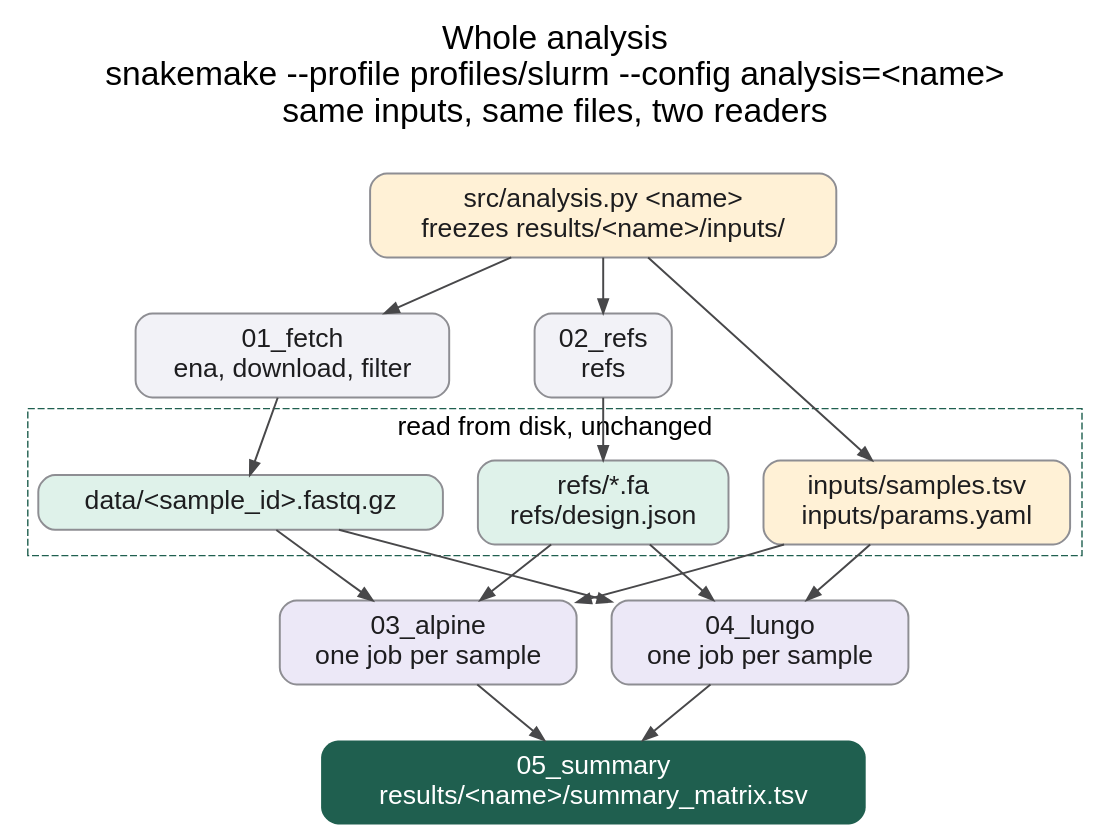
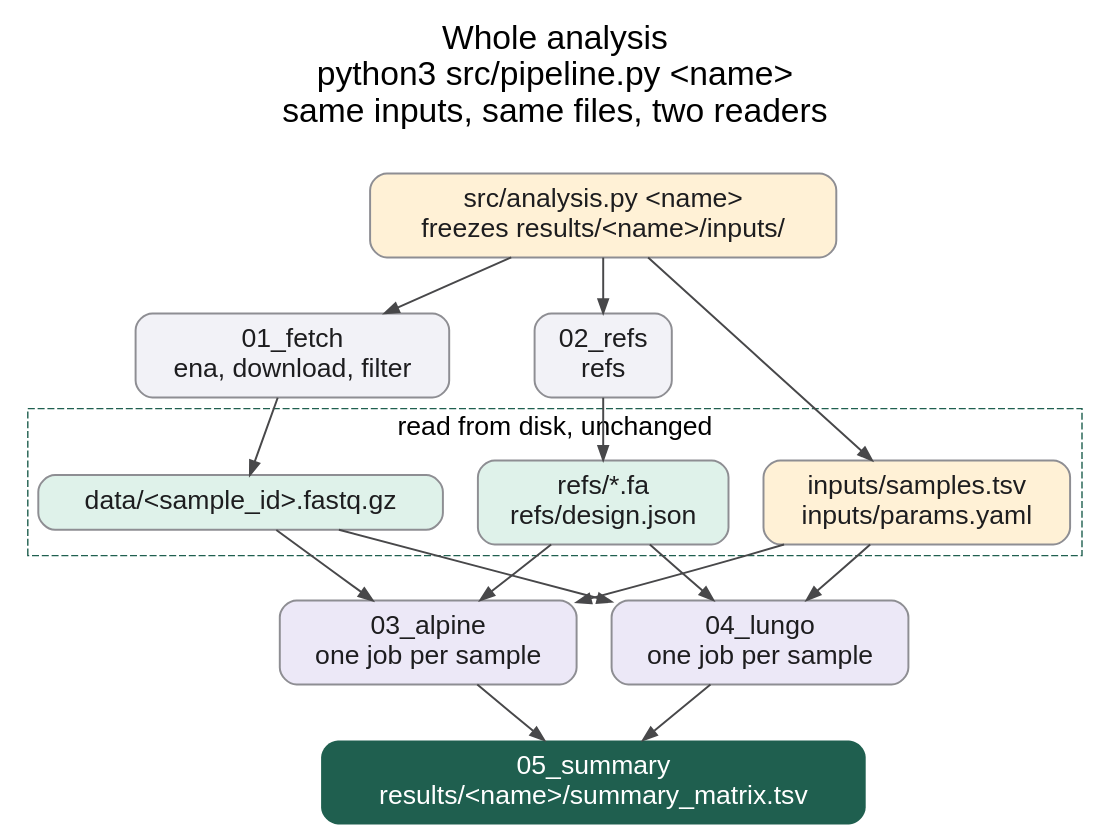
Before and after one commit to ssenci97/ONT-CRISPR-knock-in: the diagram in docs/diagrams/03_all_tools.dot, drawn with Graphviz. The commit also changed 35 other files, not shown here.

```diff
--- a/docs/diagrams/03_all_tools.dot
+++ b/docs/diagrams/03_all_tools.dot
@@ -1,26 +1,26 @@
 digraph all_tools {
   graph [rankdir=TB, bgcolor="white", fontname="Helvetica", fontsize=24, labelloc=t, nodesep=0.35, ranksep=0.55,
-         label="Whole analysis\nsnakemake --profile profiles/slurm --config analysis=<name>\nsame inputs, same files, two readers\n "];
+         label="Whole analysis\npython3 src/pipeline.py <name>\nsame inputs, same files, two readers\n "];
   node [fontname="Helvetica", fontsize=19, shape=box, style="rounded,filled", color="#8e8e93", penwidth=1.4, fontcolor="#1d1d1f", margin="0.2,0.12"];
   edge [color="#48484a", arrowsize=1.0, penwidth=1.4, fontname="Helvetica", fontsize=16];
 
   c1 [label="src/analysis.py <name>\nfreezes results/<name>/inputs/", fillcolor="#fff1d6"];
   c3 [label="01_fetch\nena, download, filter", fillcolor="#f2f2f7"];
   c4 [label="02_refs\nrefs", fillcolor="#f2f2f7"];
   c1 -> c3; c1 -> c4;
 
   subgraph cluster_in {
     label="read from disk, unchanged"; fontname="Helvetica"; fontsize=19; color="#1f5f4f"; style=dashed;
     fastq  [label="data/<sample_id>.fastq.gz", fillcolor="#dff2ea"];
     refs   [label="refs/*.fa\nrefs/design.json", fillcolor="#dff2ea"];
     frozen [label="inputs/samples.tsv\ninputs/params.yaml", fillcolor="#fff1d6"];
   }
   c3 -> fastq; c4 -> refs; c1 -> frozen;
 
   a [label="03_alpine\none job per sample", fillcolor="#ece8f7"];
   l [label="04_lungo\none job per sample", fillcolor="#ece8f7"];
   fastq -> a; refs -> a; frozen -> a; fastq -> l; refs -> l; frozen -> l;
 
   s [label="05_summary\nresults/<name>/summary_matrix.tsv", fillcolor="#1f5f4f", fontcolor="white", penwidth=0];
   a -> s; l -> s;
 }
```
